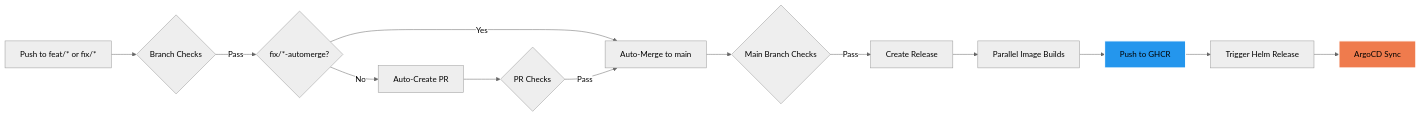
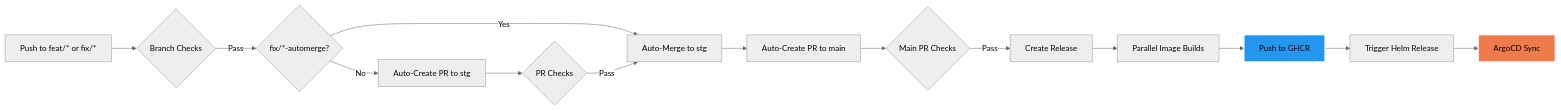
The second of 2 diagrams in README.md (datascientest-fastAPI-project-group-25/fastAPI-project-app), drawn with Mermaid (neutral theme) before and after one commit. The commit also changed other lines of this file and 13 other files, not shown here.

````diff
--- a/README.md
+++ b/README.md
@@ -365,17 +366,18 @@
 ```mermaid
 graph LR
     A[Push to feat/* or fix/*] --> B{Branch Checks}
     B -->|Pass| C{fix/*-automerge?}
-    C -->|No| D[Auto-Create PR]
-    C -->|Yes| E[Auto-Merge to main]
+    C -->|No| D[Auto-Create PR to stg]
+    C -->|Yes| E[Auto-Merge to stg]
     D --> F{PR Checks}
     F -->|Pass| E
-    E --> G{Main Branch Checks}
-    G -->|Pass| H[Create Release]
-    H --> I[Parallel Image Builds]
-    I --> J[Push to GHCR]
-    J --> K[Trigger Helm Release]
-    K --> L[ArgoCD Sync]
-    style J fill:#2496ED,stroke:#fff,stroke-width:2px
-    style L fill:#EF7B4D,stroke:#fff,stroke-width:2px
+    E --> G[Auto-Create PR to main]
+    G --> H{Main PR Checks}
+    H -->|Pass| I[Create Release]
+    I --> J[Parallel Image Builds]
+    J --> K[Push to GHCR]
+    K --> L[Trigger Helm Release]
+    L --> M[ArgoCD Sync]
+    style K fill:#2496ED,stroke:#fff,stroke-width:2px
+    style M fill:#EF7B4D,stroke:#fff,stroke-width:2px
 ```
````
